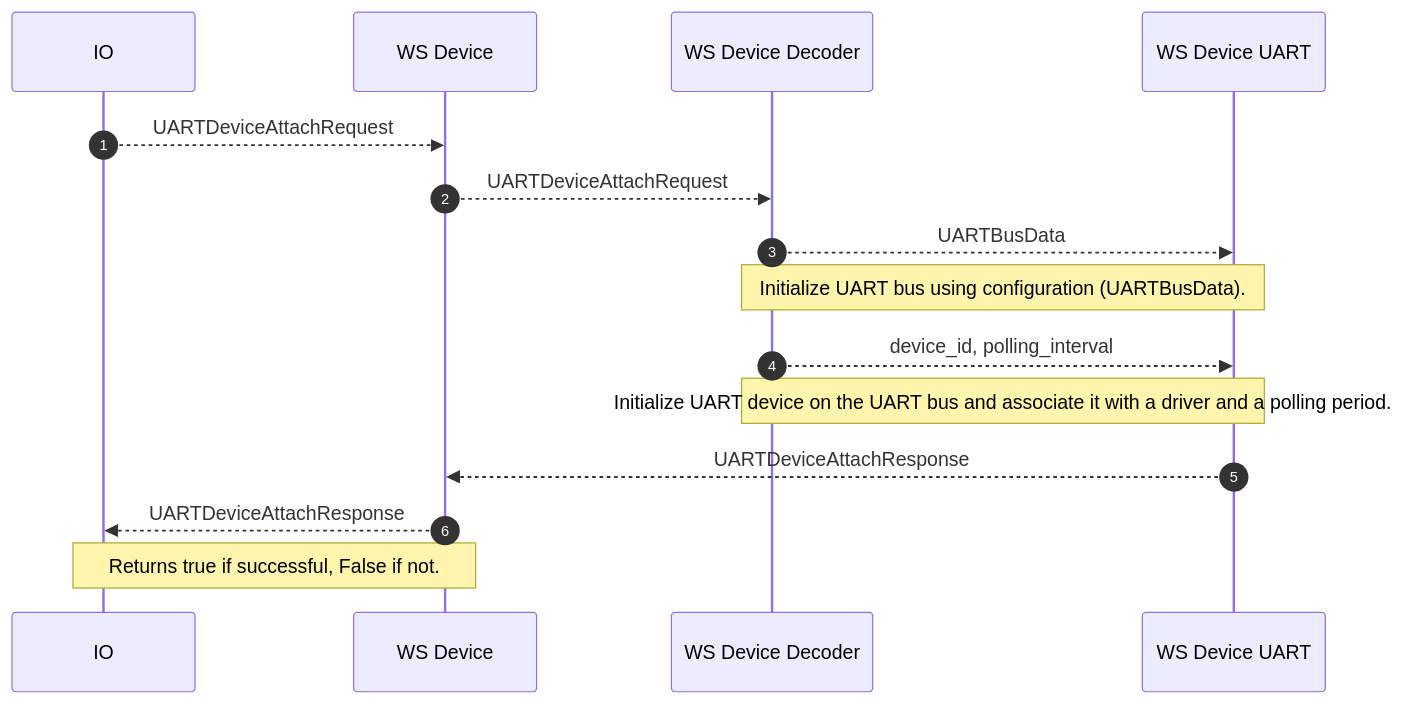
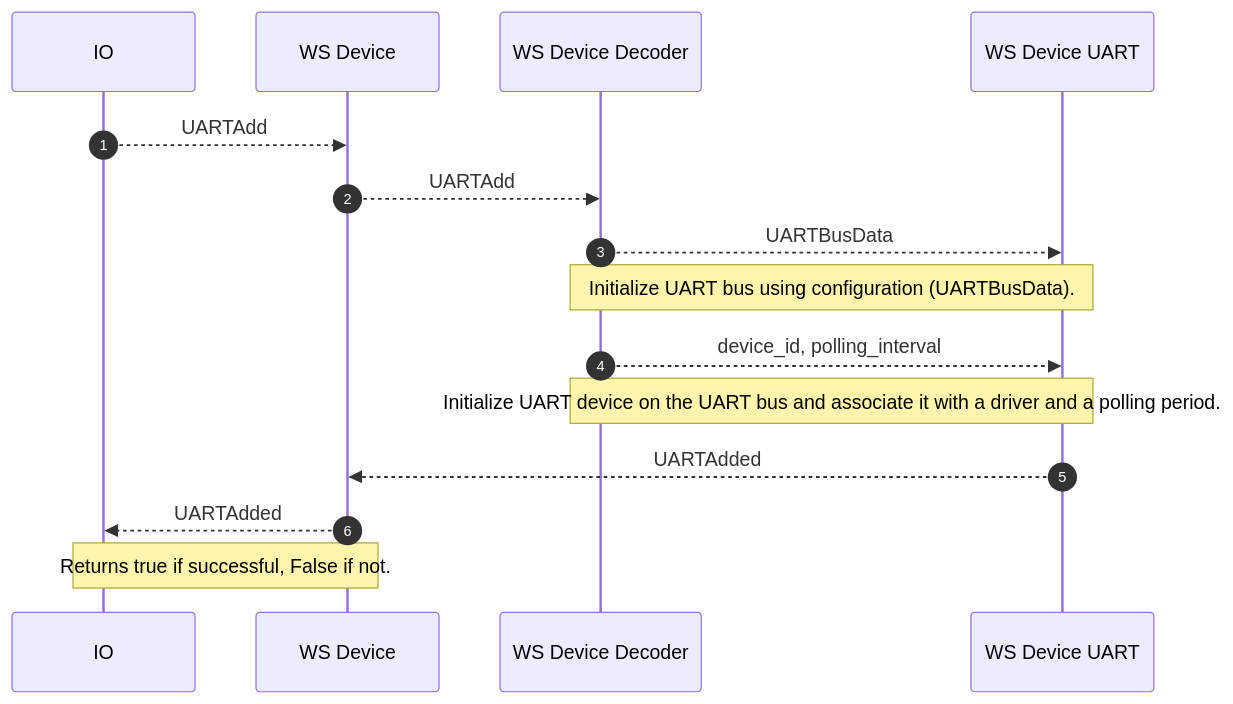
One commit to adafruit/Wippersnapper_Protobuf changed the first of 3 diagrams in proto/wippersnapper/docs/uart.md. Above: the diagram before and after it, drawn with Mermaid. The commit also changed other lines of this file and 1 other file, not shown here.

Commit message:
uart diff

````diff
--- a/proto/wippersnapper/docs/uart.md
+++ b/proto/wippersnapper/docs/uart.md
@@ -18,19 +18,19 @@
 ```mermaid
 sequenceDiagram
 autonumber
 
-IO-->>WS Device: UARTDeviceAttachRequest
+IO-->>WS Device: UARTAdd
 
-WS Device-->>WS Device Decoder: UARTDeviceAttachRequest
+WS Device-->>WS Device Decoder: UARTAdd
 
 WS Device Decoder-->>WS Device UART: UARTBusData
 Note over WS Device Decoder, WS Device UART: Initialize UART bus using configuration (UARTBusData).
 
 WS Device Decoder-->>WS Device UART: device_id, polling_interval
 Note over WS Device Decoder, WS Device UART: Initialize UART device on the UART bus and associate it with a driver and a polling period.
 
-WS Device UART-->>WS Device: UARTDeviceAttachResponse
+WS Device UART-->>WS Device: UARTAdded
 
-WS Device-->>IO: UARTDeviceAttachResponse
+WS Device-->>IO: UARTAdded
 Note over WS Device, IO: Returns true if successful, False if not.
 ```
````
